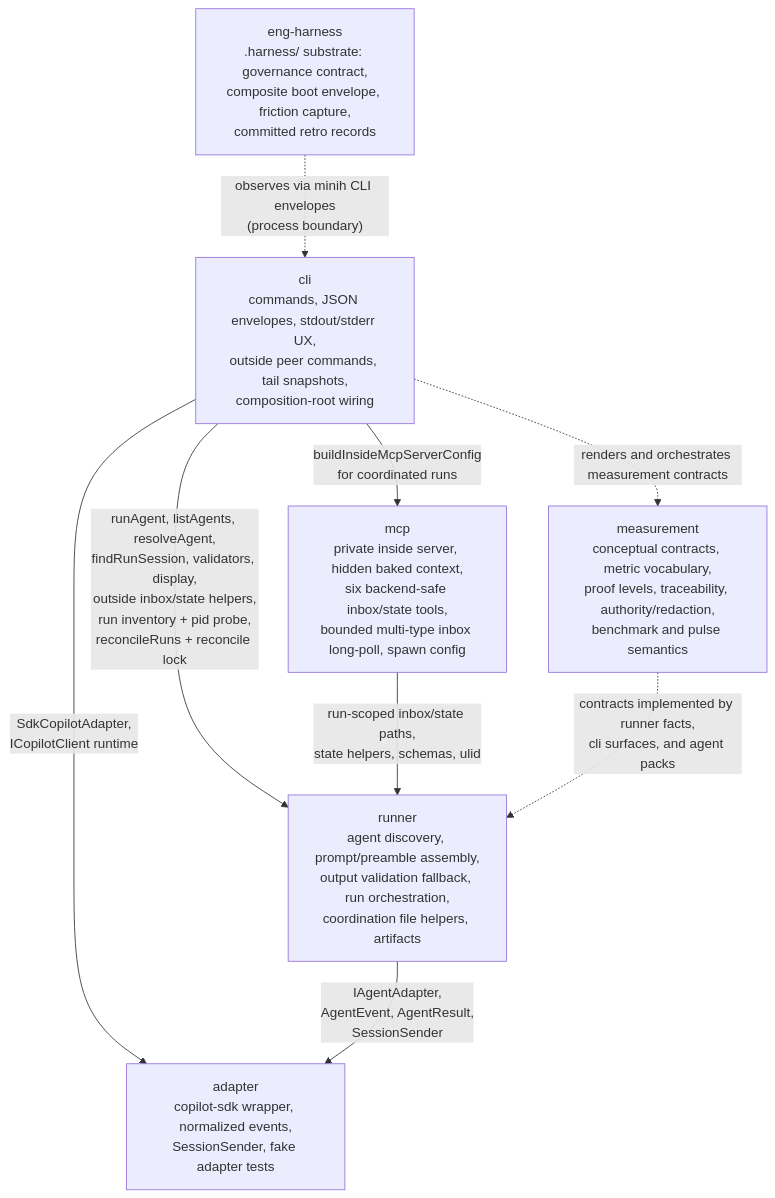
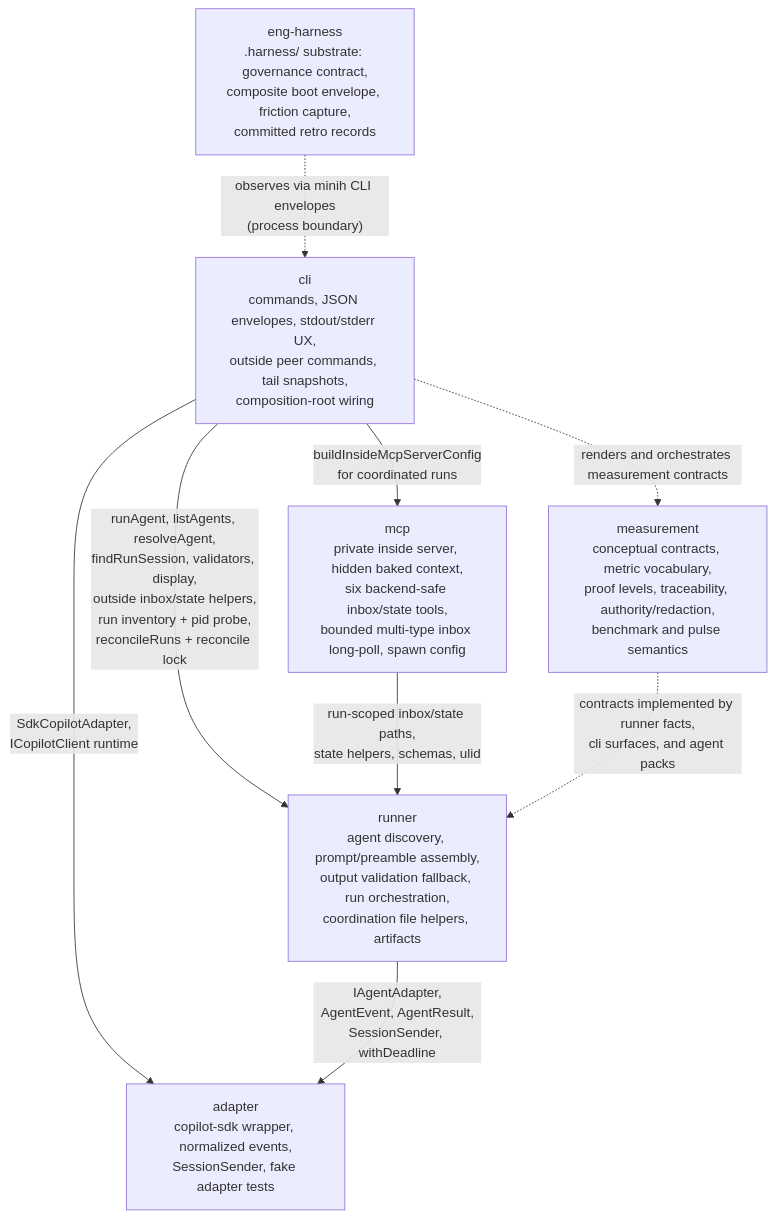
The diagram in docs/domains/domain-map.md (AI-Substrate/minih), drawn with Mermaid before and after one commit. The commit also changed other lines of this file and 49 other files, not shown here.

````diff
--- a/docs/domains/domain-map.md
+++ b/docs/domains/domain-map.md
@@ -3,18 +3,18 @@
 ```mermaid
 flowchart TD
     cli["cli<br/>commands, JSON envelopes, stdout/stderr UX,<br/>outside peer commands, tail snapshots,<br/>composition-root wiring"]
     runner["runner<br/>agent discovery, prompt/preamble assembly,<br/>output validation fallback, run orchestration,<br/>coordination file helpers, artifacts"]
     mcp["mcp<br/>private inside server, hidden baked context,<br/>six backend-safe inbox/state tools,<br/>bounded multi-type inbox long-poll, spawn config"]
     adapter["adapter<br/>copilot-sdk wrapper, normalized events,<br/>SessionSender, fake adapter tests"]
     measurement["measurement<br/>conceptual contracts, metric vocabulary,<br/>proof levels, traceability, authority/redaction,<br/>benchmark and pulse semantics"]
     eng_harness["eng-harness<br/>.harness/ substrate: governance contract,<br/>composite boot envelope, friction capture,<br/>committed retro records"]
 
     cli -- "runAgent, listAgents, resolveAgent,<br/>findRunSession, validators, display,<br/>outside inbox/state helpers,<br/>run inventory + pid probe,<br/>reconcileRuns + reconcile lock" --> runner
     cli -- "buildInsideMcpServerConfig<br/>for coordinated runs" --> mcp
     cli -- "SdkCopilotAdapter,<br/>ICopilotClient runtime" --> adapter
     mcp -- "run-scoped inbox/state paths,<br/>state helpers, schemas, ulid" --> runner
-    runner -- "IAgentAdapter,<br/>AgentEvent, AgentResult,<br/>SessionSender" --> adapter
+    runner -- "IAgentAdapter,<br/>AgentEvent, AgentResult,<br/>SessionSender, withDeadline" --> adapter
     measurement -. "contracts implemented by runner facts,<br/>cli surfaces, and agent packs" .-> runner
     cli -. "renders and orchestrates measurement contracts" .-> measurement
     eng_harness -. "observes via minih CLI envelopes<br/>(process boundary)" .-> cli
 ```
````
